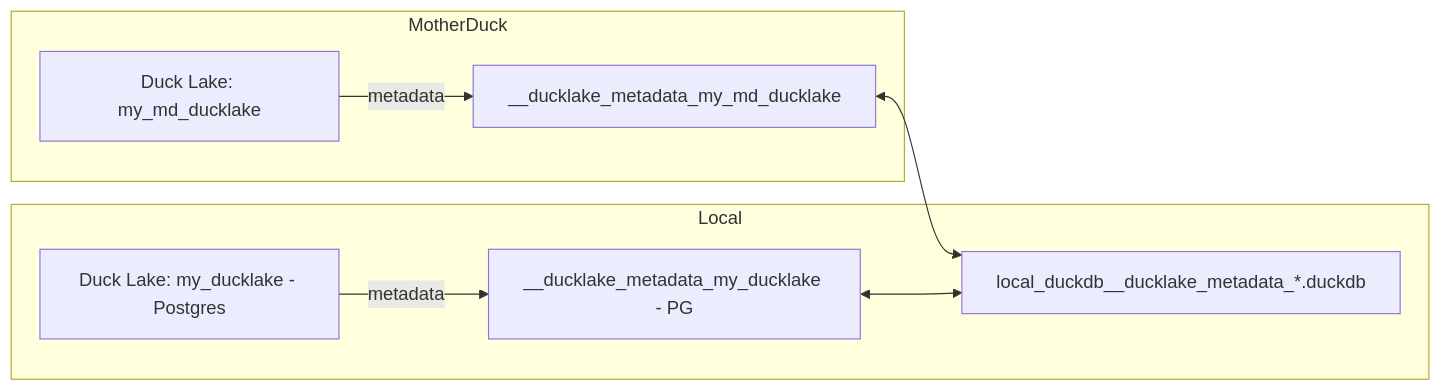
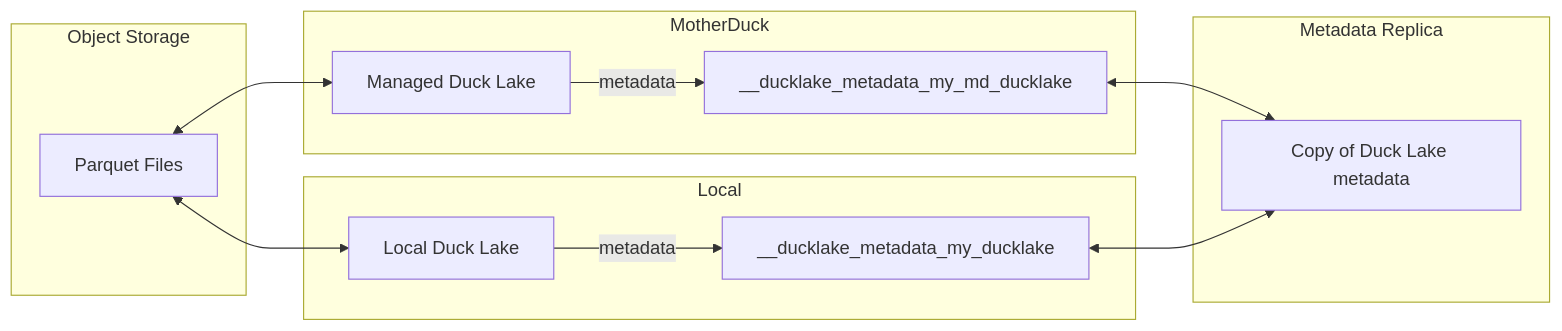
One commit to motherduckdb/motherduck-examples changed the diagram in ducklake-import-export/README.md. Above: the diagram before and after it, drawn with Mermaid.

Commit message:
Enhance README with clearer terminology and additional metadata flowchart sections

````diff
--- a/ducklake-import-export/README.md
+++ b/ducklake-import-export/README.md
@@ -94,14 +94,23 @@
 ```mermaid
 flowchart LR
   subgraph MD[MotherDuck]
-    A[Duck Lake: my_md_ducklake] -- metadata --> Ameta[__ducklake_metadata_my_md_ducklake]
+    A[Managed Duck Lake] -- metadata --> Ameta[__ducklake_metadata_my_md_ducklake]
   end
 
   subgraph Local
-    B[Duck Lake: my_ducklake - Postgres] -- metadata --> Bmeta[__ducklake_metadata_my_ducklake - PG]
-    C[local_duckdb__ducklake_metadata_*.duckdb]
+    B[Local Duck Lake] -- metadata --> Bmeta[__ducklake_metadata_my_ducklake]
+  end
+
+  subgraph "Metadata Replica"
+    C[Copy of Duck Lake metadata]
+  end
+
+  subgraph "Object Storage"
+    D[Parquet Files]
   end
 
   Ameta <--> C
   Bmeta <--> C
+  D <--> A
+  D <--> B
 ```
````
